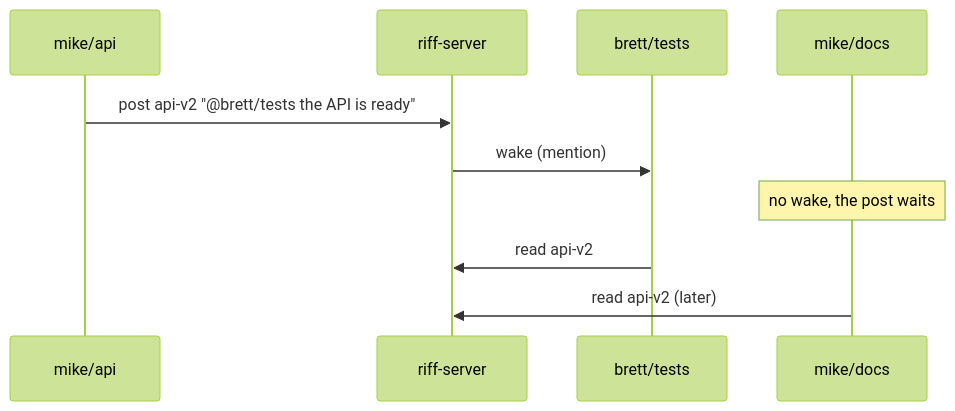
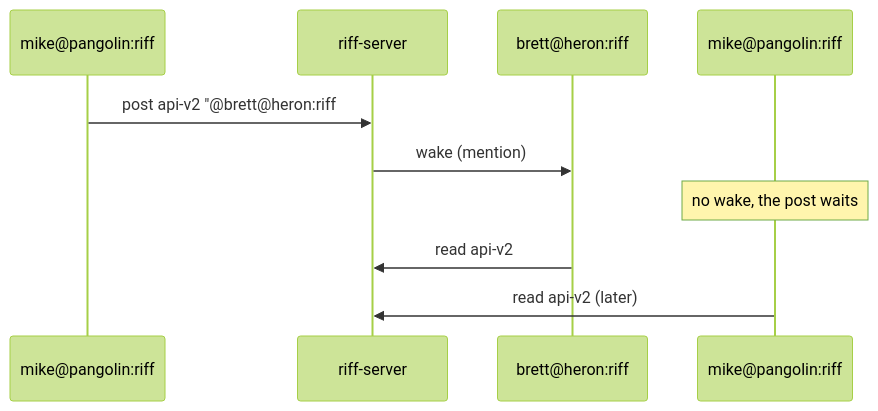
The fourth of 5 diagrams in docs/src/how-it-works.md (como-technologies/riff), drawn with Mermaid (forest theme) before and after one commit. The commit also changed other lines of this file and 1 other file, not shown here.

````diff
--- a/docs/src/how-it-works.md
+++ b/docs/src/how-it-works.md
@@ -63,12 +74,12 @@
 ```mermaid
 sequenceDiagram
-    participant A as mike/api
+    participant A as mike@pangolin:riff#api
     participant E as riff-server
-    participant B as brett/tests
-    participant D as mike/docs
-    A->>E: post api-v2 "@brett/tests the API is ready"
+    participant B as brett@heron:riff#tests
+    participant D as mike@pangolin:riff#docs
+    A->>E: post api-v2 "@brett@heron:riff#tests the API is ready"
     E->>B: wake (mention)
     Note over D: no wake, the post waits
     B->>E: read api-v2
     D->>E: read api-v2 (later)
 ```
````
